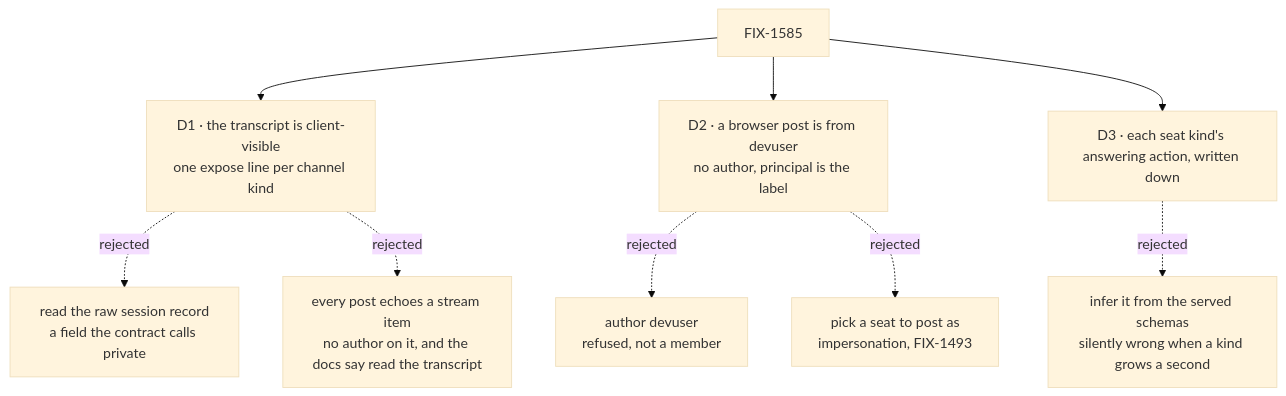
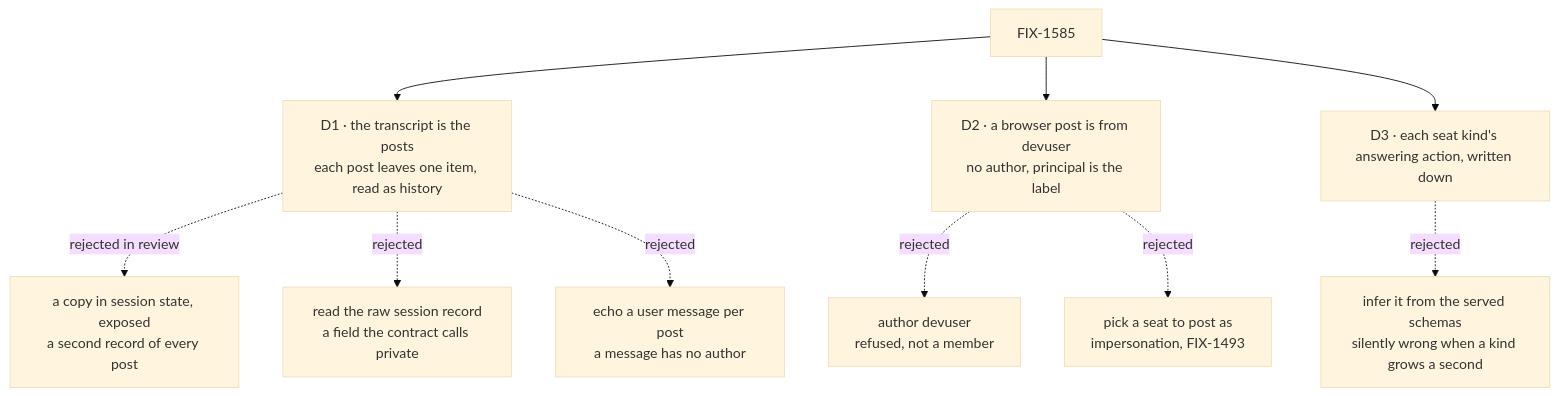
One commit to fixpoint-labs/flow-state-dev changed the diagram in specs/issues/FIX-1585/DECISIONS.md. Above: the diagram before and after it, drawn with Mermaid (base theme). The commit also changed other lines of this file and 9 other files, not shown here.

First line of the commit message:
spec(FIX-1585): review round 2: the transcript is the posts, not a copy in state

````diff
--- a/specs/issues/FIX-1585/DECISIONS.md
+++ b/specs/issues/FIX-1585/DECISIONS.md
@@ -10,11 +10,12 @@
 ```mermaid
 flowchart TD
-  I["FIX-1585"] --> D1["D1 · the transcript is client-visible<br/>one expose line per channel kind"]
+  I["FIX-1585"] --> D1["D1 · the transcript is the posts<br/>each post leaves one item, read as history"]
+  D1 -.->|"rejected in review"| X1c["a copy in session state, exposed<br/>a second record of every post"]
   D1 -.->|"rejected"| X1a["read the raw session record<br/>a field the contract calls private"]
-  D1 -.->|"rejected"| X1b["every post echoes a stream item<br/>no author on it, and the docs say read the transcript"]
+  D1 -.->|"rejected"| X1b["echo a user message per post<br/>a message has no author"]
   I --> D2["D2 · a browser post is from devuser<br/>no author, principal is the label"]
   D2 -.->|"rejected"| X2a["author devuser<br/>refused, not a member"]
   D2 -.->|"rejected"| X2b["pick a seat to post as<br/>impersonation, FIX-1493"]
   I --> D3["D3 · each seat kind's answering action, written down"]
   D3 -.->|"rejected"| X3["infer it from the served schemas<br/>silently wrong when a kind grows a second"]
 ```
````
